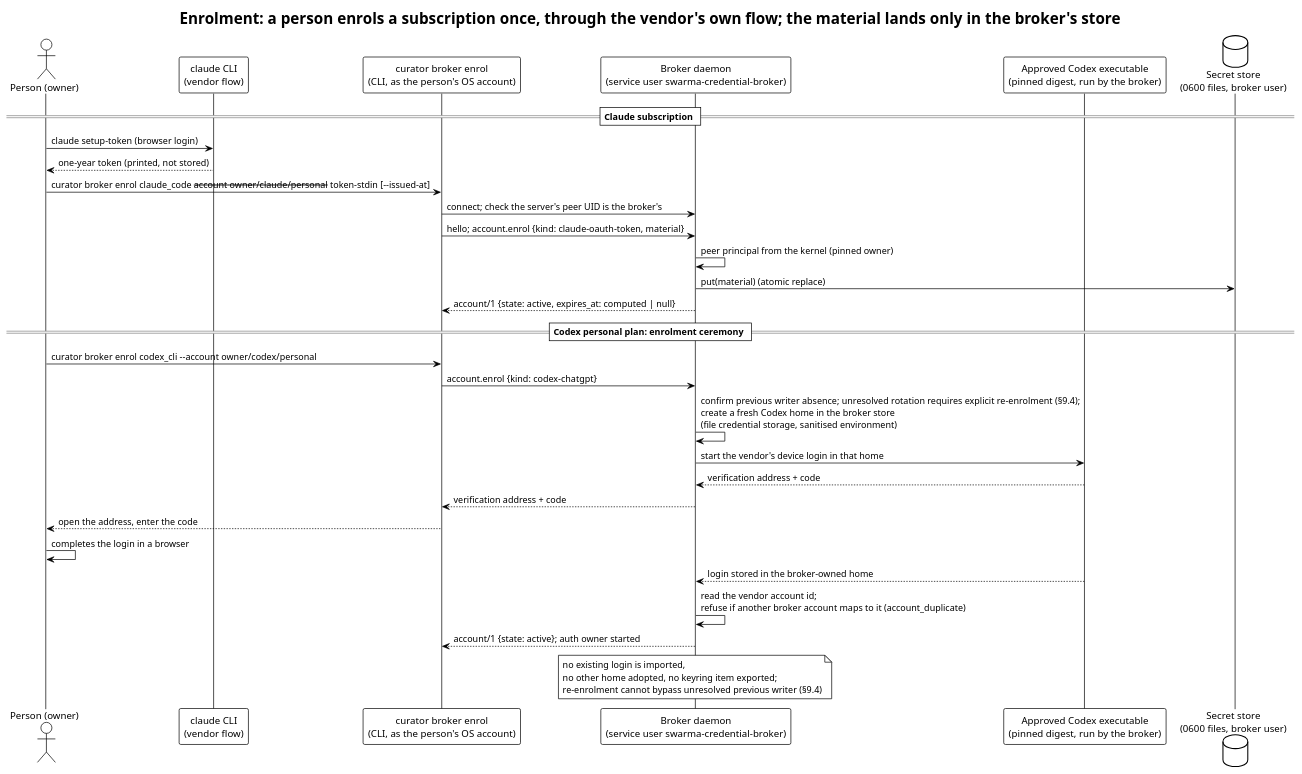
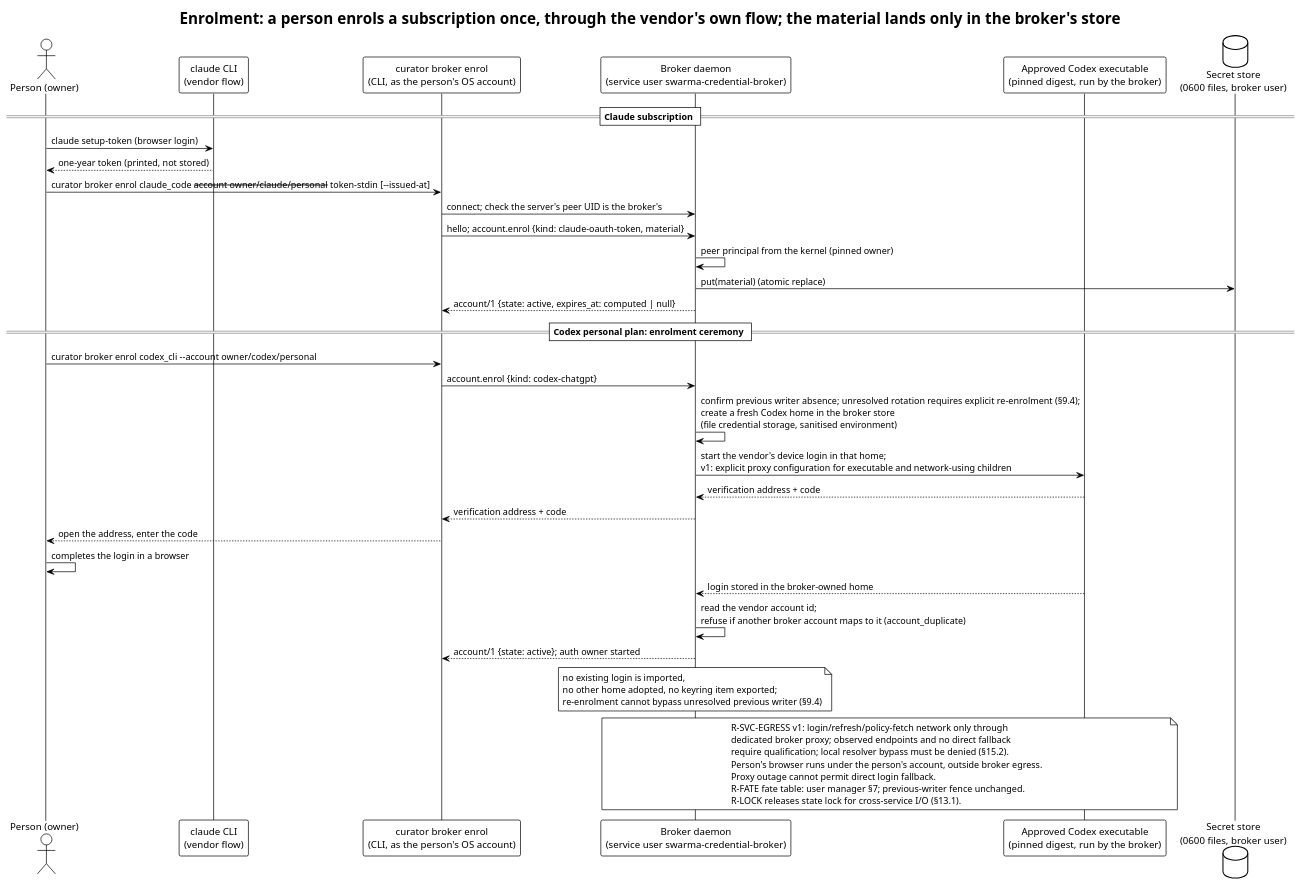
The diagram in diagrams/enrol.puml (relux-works/swarma-credential-broker), drawn with PlantUML before and after one commit. The commit also changed 11 other files, not shown here.

```diff
--- a/diagrams/enrol.puml
+++ b/diagrams/enrol.puml
@@ -1,35 +1,44 @@
 @startuml enrol
 !theme plain
 title Enrolment: a person enrols a subscription once, through the vendor's own flow; the material lands only in the broker's store
 
 actor "Person (owner)" as P
 participant "claude CLI\n(vendor flow)" as V
 participant "curator broker enrol\n(CLI, as the person's OS account)" as C
 participant "Broker daemon\n(service user swarma-credential-broker)" as B
 participant "Approved Codex executable\n(pinned digest, run by the broker)" as X
 database "Secret store\n(0600 files, broker user)" as S
 
 == Claude subscription ==
 P -> V: claude setup-token (browser login)
 V --> P: one-year token (printed, not stored)
 P -> C: curator broker enrol claude_code --account owner/claude/personal --token-stdin [--issued-at]
 C -> B: connect; check the server's peer UID is the broker's
 C -> B: hello; account.enrol {kind: claude-oauth-token, material}
 B -> B: peer principal from the kernel (pinned owner)
 B -> S: put(material) (atomic replace)
 B --> C: account/1 {state: active, expires_at: computed | null}
 
 == Codex personal plan: enrolment ceremony ==
 P -> C: curator broker enrol codex_cli --account owner/codex/personal
 C -> B: account.enrol {kind: codex-chatgpt}
 B -> B: confirm previous writer absence; unresolved rotation requires explicit re-enrolment (§9.4);\ncreate a fresh Codex home in the broker store\n(file credential storage, sanitised environment)
-B -> X: start the vendor's device login in that home
+B -> X: start the vendor's device login in that home;\nv1: explicit proxy configuration for executable and network-using children
 X --> B: verification address + code
 B --> C: verification address + code
 C --> P: open the address, enter the code
 P -> P: completes the login in a browser
 X --> B: login stored in the broker-owned home
 B -> B: read the vendor account id;\nrefuse if another broker account maps to it (account_duplicate)
 B --> C: account/1 {state: active}; auth owner started
 note over B: no existing login is imported,\nno other home adopted, no keyring item exported;\nre-enrolment cannot bypass unresolved previous writer (§9.4)
+note over B,X
+  R-SVC-EGRESS v1: login/refresh/policy-fetch network only through
+  dedicated broker proxy; observed endpoints and no direct fallback
+  require qualification; local resolver bypass must be denied (§15.2).
+  Person's browser runs under the person's account, outside broker egress.
+  Proxy outage cannot permit direct login fallback.
+  R-FATE fate table: user manager §7; previous-writer fence unchanged.
+  R-LOCK releases state lock for cross-service I/O (§13.1).
+end note
 @enduml
```
